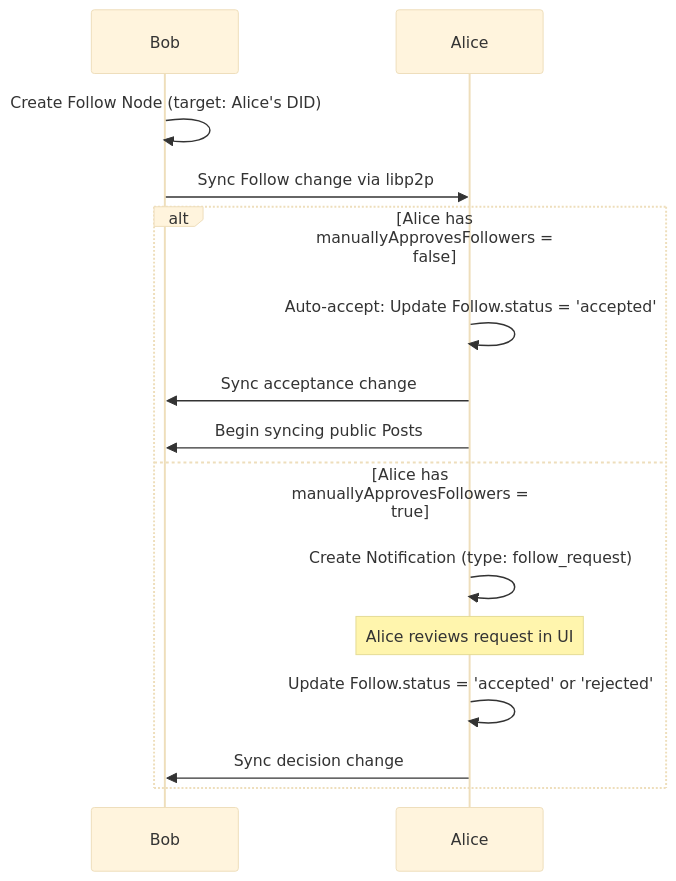
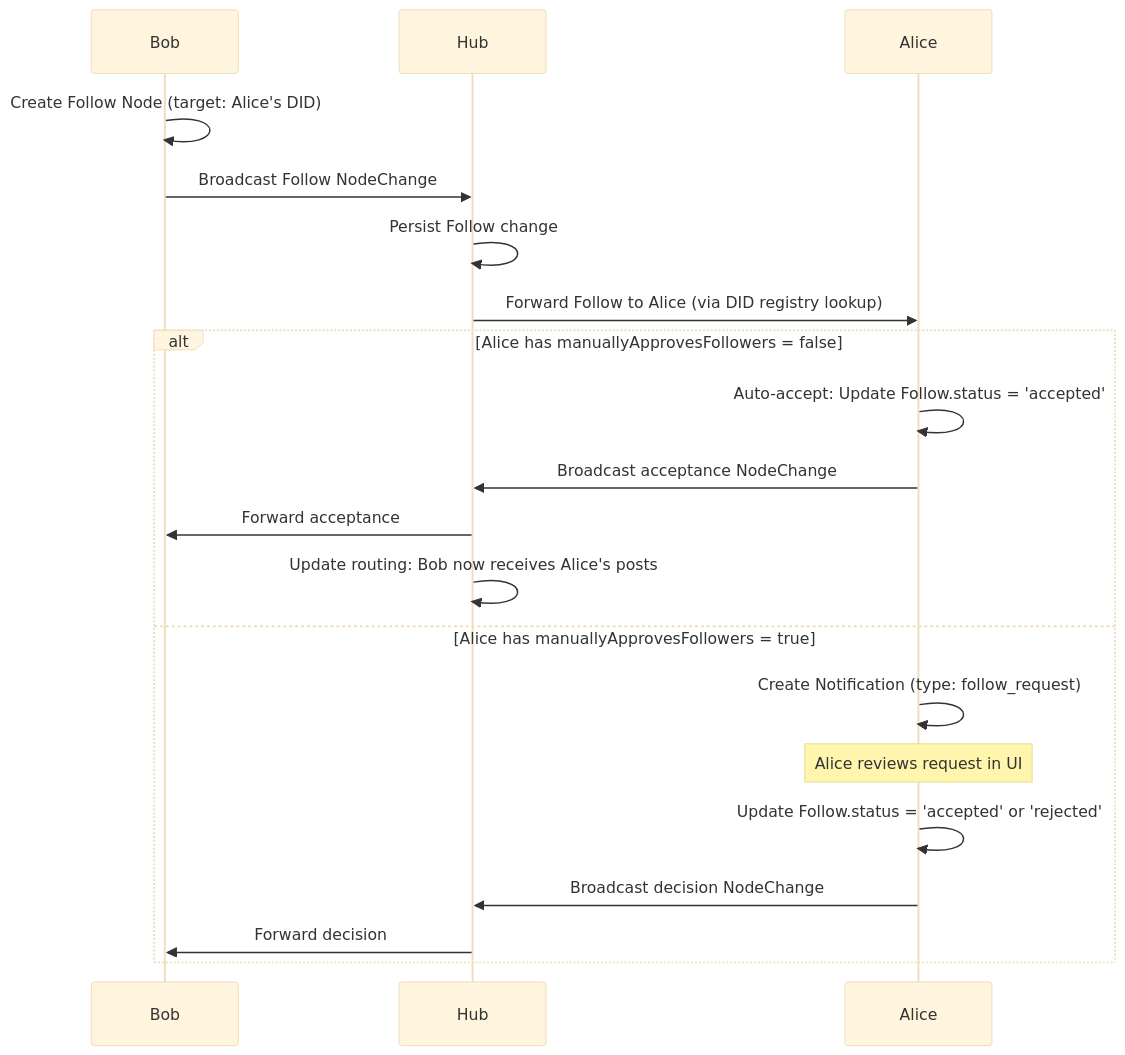
Before and after one commit to crs48/xNet: the fifth of 11 diagrams in docs/explorations/MASTODON_SOCIAL_NETWORKING.md, drawn with Mermaid (base theme). The commit also changed other lines of this file, not shown here.

Commit message:
docs(explorations): integrate Hub infrastructure into social networking exploration

````diff
--- a/docs/explorations/MASTODON_SOCIAL_NETWORKING.md
+++ b/docs/explorations/MASTODON_SOCIAL_NETWORKING.md
@@ -252,18 +323,23 @@
 ```mermaid
 sequenceDiagram
     participant Bob as Bob
+    participant Hub as Hub
     participant Alice as Alice
 
     Bob->>Bob: Create Follow Node (target: Alice's DID)
-    Bob->>Alice: Sync Follow change via libp2p
+    Bob->>Hub: Broadcast Follow NodeChange
+    Hub->>Hub: Persist Follow change
+    Hub->>Alice: Forward Follow to Alice (via DID registry lookup)
     alt Alice has manuallyApprovesFollowers = false
         Alice->>Alice: Auto-accept: Update Follow.status = 'accepted'
-        Alice->>Bob: Sync acceptance change
-        Alice->>Bob: Begin syncing public Posts
+        Alice->>Hub: Broadcast acceptance NodeChange
+        Hub->>Bob: Forward acceptance
+        Hub->>Hub: Update routing: Bob now receives Alice's posts
     else Alice has manuallyApprovesFollowers = true
         Alice->>Alice: Create Notification (type: follow_request)
         Note over Alice: Alice reviews request in UI
         Alice->>Alice: Update Follow.status = 'accepted' or 'rejected'
-        Alice->>Bob: Sync decision change
+        Alice->>Hub: Broadcast decision NodeChange
+        Hub->>Bob: Forward decision
     end
 ```
````
